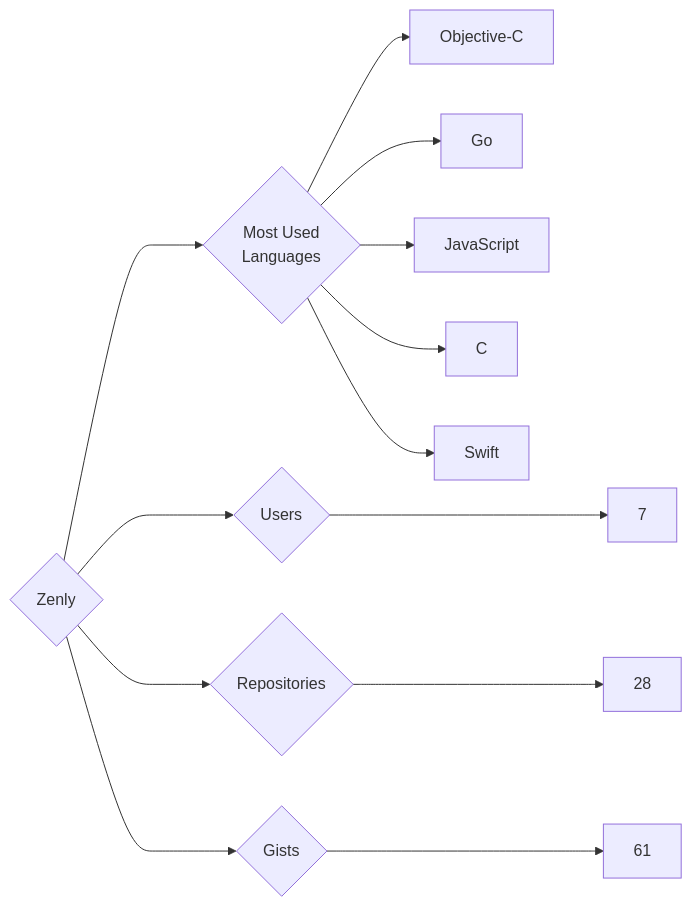
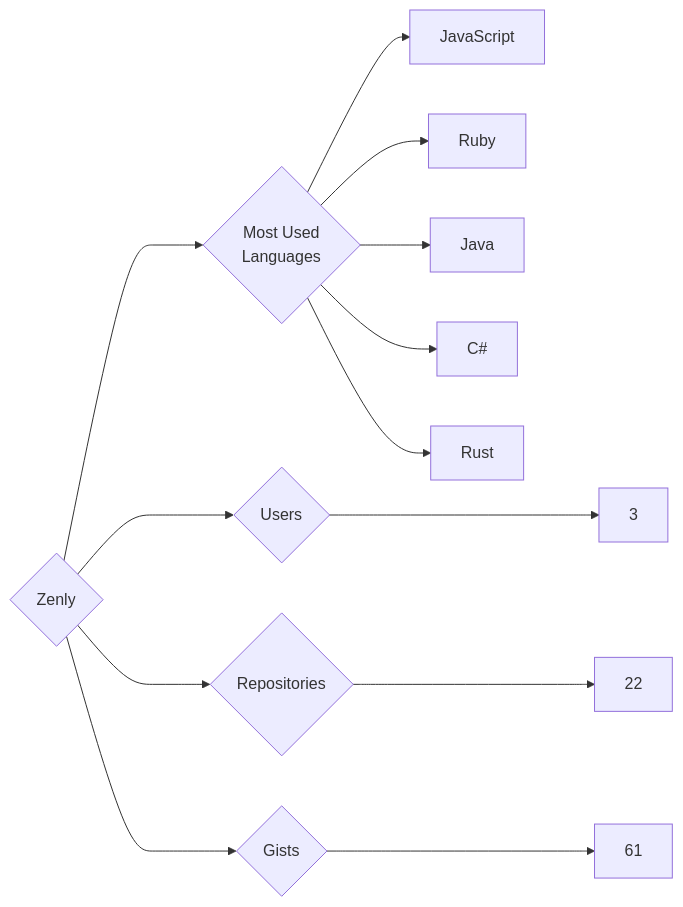
Before and after one commit to trickest/insiders: the diagram in targets/Zenly/README.md, drawn with Mermaid. The commit also changed 948 other files, not shown here.

````diff
--- a/targets/Zenly/README.md
+++ b/targets/Zenly/README.md
@@ -3,13 +3,13 @@
 ```mermaid
 graph LR
 COMPANY_NAME{Zenly}
-COMPANY_NAME ---> U{Users} ---> UN[7]
-COMPANY_NAME ---> R{Repositories} ---> RN[28]
+COMPANY_NAME ---> U{Users} ---> UN[3]
+COMPANY_NAME ---> R{Repositories} ---> RN[22]
 COMPANY_NAME ---> G{Gists} ---> GN[61]
 COMPANY_NAME ---> ML{Most Used<br>Languages}
-ML --> Objective-C[Objective-C]
-ML --> Go[Go]
 ML --> JavaScript[JavaScript]
-ML --> C[C]
-ML --> Swift[Swift]
+ML --> Ruby[Ruby]
+ML --> Java[Java]
+ML --> C#[C#]
+ML --> Rust[Rust]
 ```
````
